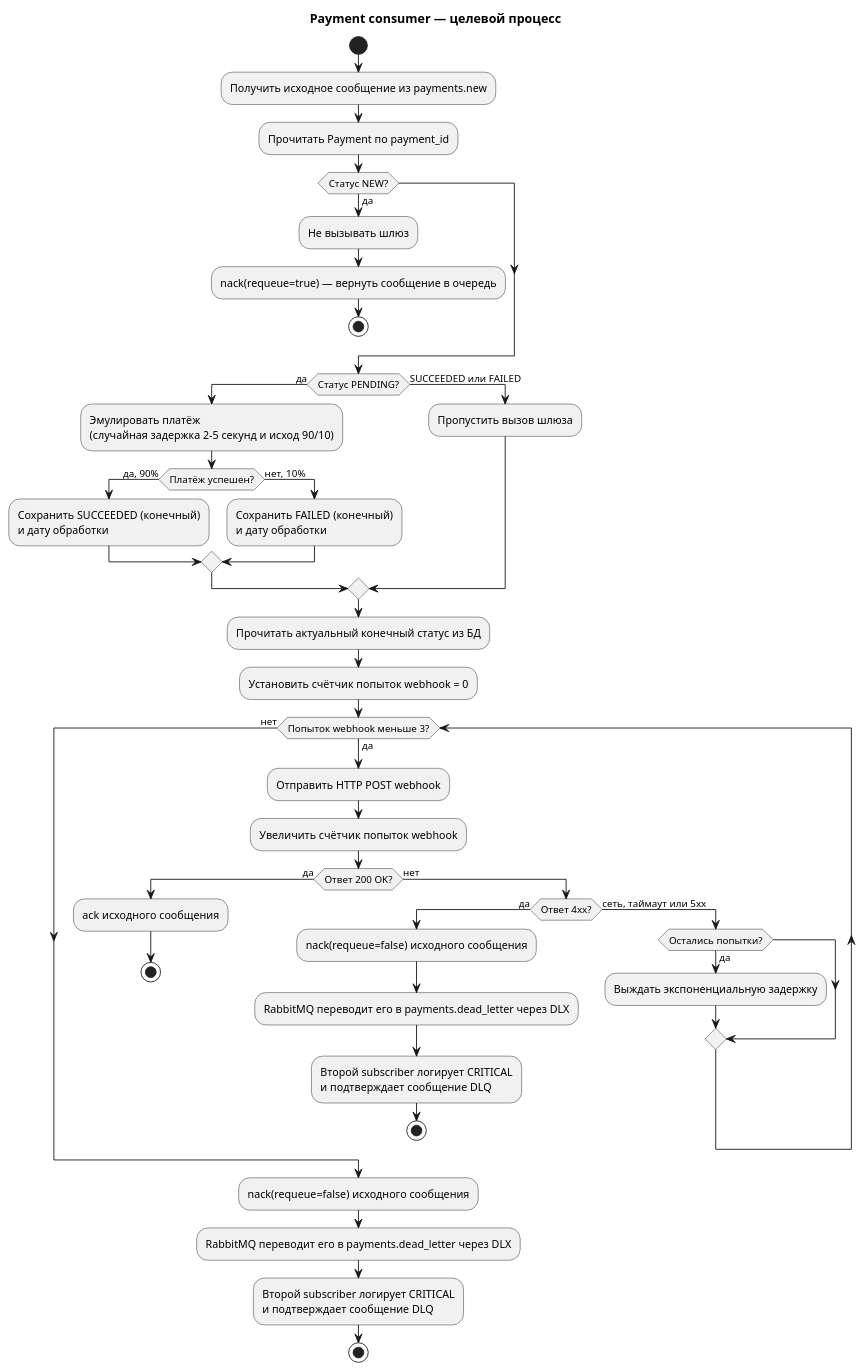
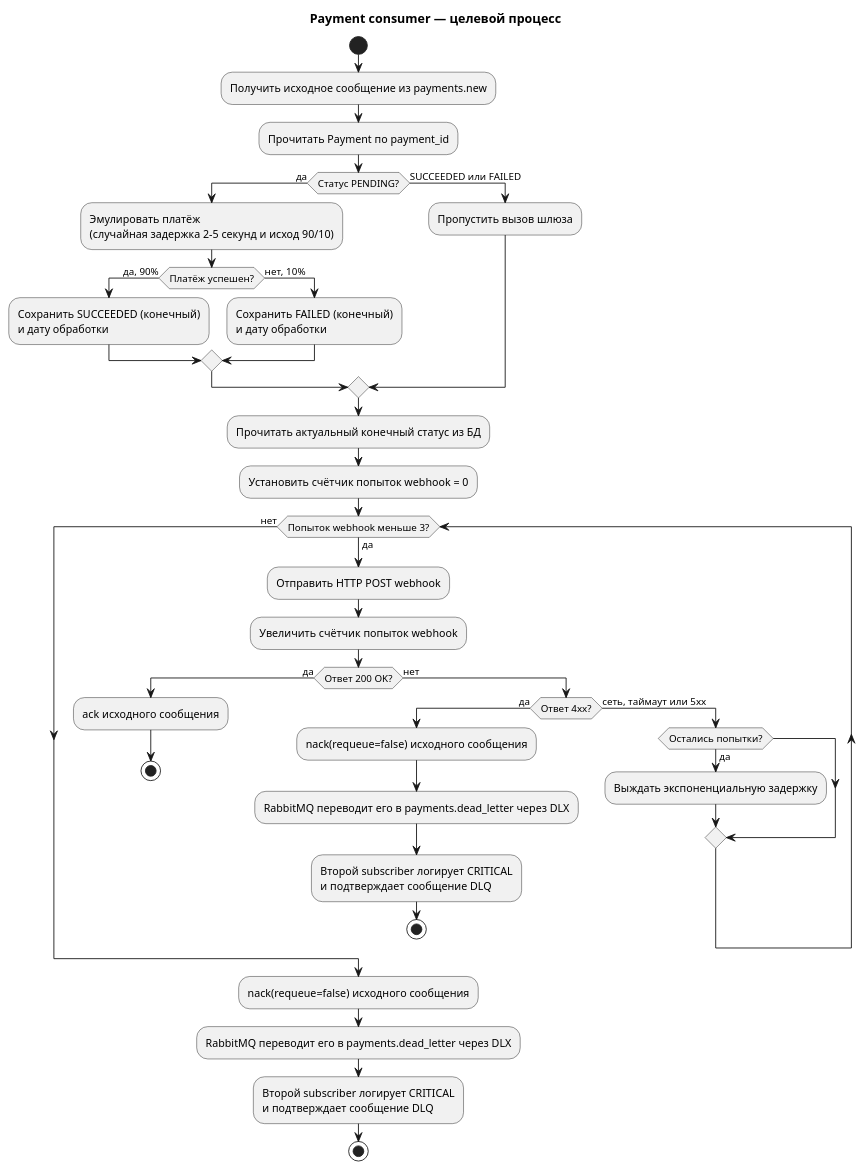
One commit to devartpy/payment-service changed the diagram in docs/architecture/diagrams/payment-consumer-activity.puml. Above: the diagram before and after it, drawn with PlantUML. The commit also changed 17 other files, not shown here.

```diff
--- a/docs/architecture/diagrams/payment-consumer-activity.puml
+++ b/docs/architecture/diagrams/payment-consumer-activity.puml
@@ -1,50 +1,44 @@
 @startuml
 title Payment consumer — целевой процесс
 
 start
 :Получить исходное сообщение из payments.new;
 :Прочитать Payment по payment_id;
-
-if (Статус NEW?) then (да)
-  :Не вызывать шлюз;
-  :nack(requeue=true) — вернуть сообщение в очередь;
-  stop
-endif
 
 if (Статус PENDING?) then (да)
   :Эмулировать платёж\n(случайная задержка 2–5 секунд и исход 90/10);
   if (Платёж успешен?) then (да, 90%)
     :Сохранить SUCCEEDED (конечный)\nи дату обработки;
   else (нет, 10%)
     :Сохранить FAILED (конечный)\nи дату обработки;
   endif
 else (SUCCEEDED или FAILED)
   :Пропустить вызов шлюза;
 endif
 
 :Прочитать актуальный конечный статус из БД;
 :Установить счётчик попыток webhook = 0;
 while (Попыток webhook меньше 3?) is (да)
   :Отправить HTTP POST webhook;
   :Увеличить счётчик попыток webhook;
   if (Ответ 200 OK?) then (да)
     :ack исходного сообщения;
     stop
   else (нет)
     if (Ответ 4xx?) then (да)
       :nack(requeue=false) исходного сообщения;
       :RabbitMQ переводит его в payments.dead_letter через DLX;
       :Второй subscriber логирует CRITICAL\nи подтверждает сообщение DLQ;
       stop
     else (сеть, таймаут или 5xx)
       if (Остались попытки?) then (да)
         :Выждать экспоненциальную задержку;
       endif
     endif
   endif
 endwhile (нет)
 :nack(requeue=false) исходного сообщения;
 :RabbitMQ переводит его в payments.dead_letter через DLX;
 :Второй subscriber логирует CRITICAL\nи подтверждает сообщение DLQ;
 stop
 @enduml
```
